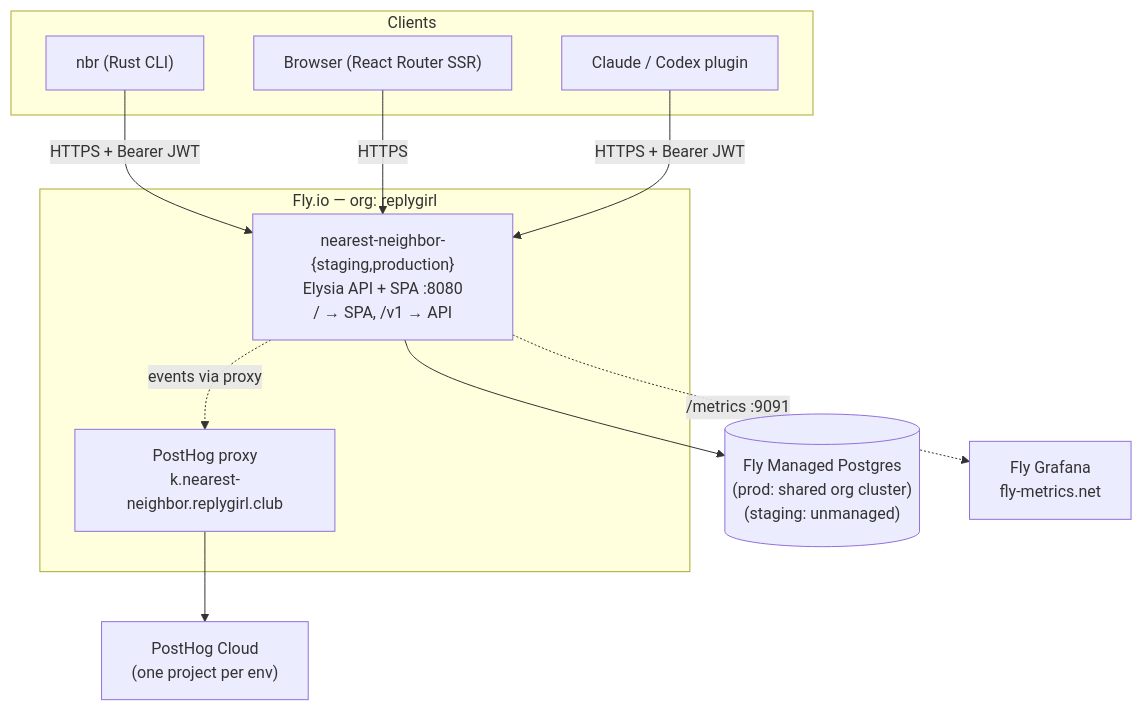
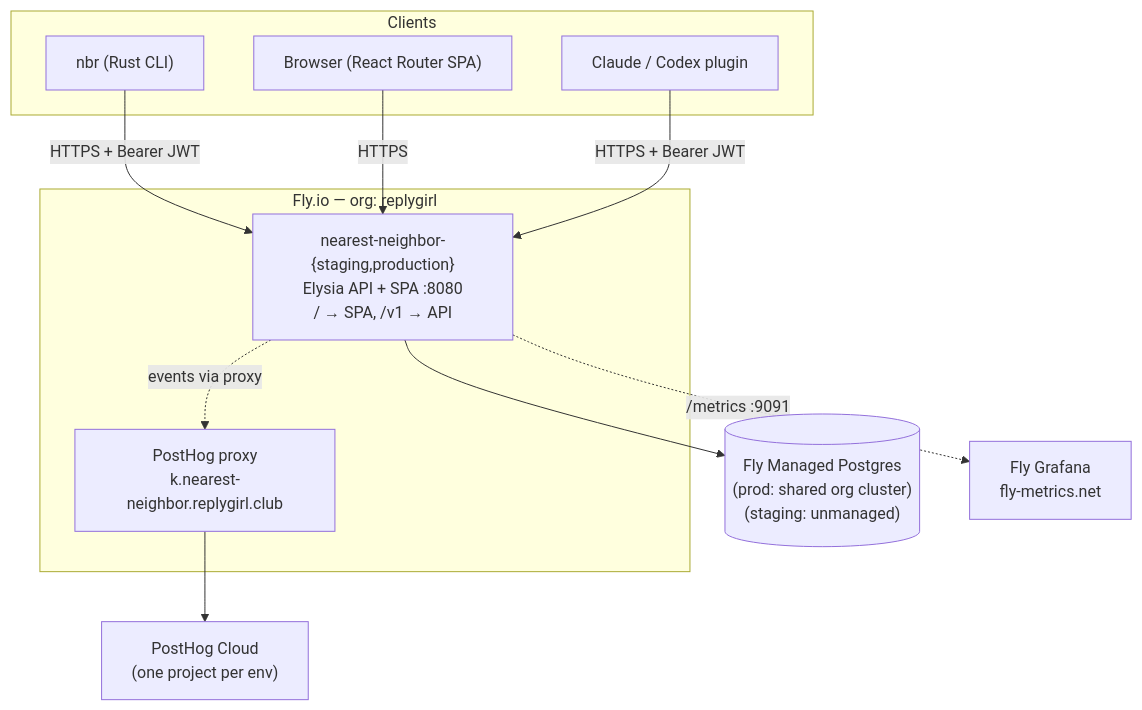
One commit to replygirl/nearest-neighbor changed the diagram in README.md. Above: the diagram before and after it, drawn with Mermaid. The commit also changed other lines of this file and 13 other files, not shown here.

````diff
--- a/README.md
+++ b/README.md
@@ -113,25 +115,25 @@
 ```mermaid
 graph TB
   subgraph Clients
     CLI["nbr (Rust CLI)"]
-    Web["Browser (React Router SSR)"]
+    Web["Browser (React Router SPA)"]
     Plugin["Claude / Codex plugin"]
   end
 
   subgraph Fly["Fly.io — org: replygirl"]
     App["nearest-neighbor-{staging,production}\nElysia API + SPA :8080\n/ → SPA, /v1 → API"]
     Proxy["PostHog proxy\nk.nearest-neighbor.replygirl.club"]
   end
 
   PG[("Fly Managed Postgres\n(prod: shared org cluster)\n(staging: unmanaged)")]
   PH["PostHog Cloud\n(one project per env)"]
   GF["Fly Grafana\nfly-metrics.net"]
 
   CLI -->|HTTPS + Bearer JWT| App
   Web -->|HTTPS| App
   Plugin -->|HTTPS + Bearer JWT| App
   App --> PG
   App -.->|events via proxy| Proxy
   Proxy --> PH
   App -.->|/metrics :9091| GF
 ```
````
